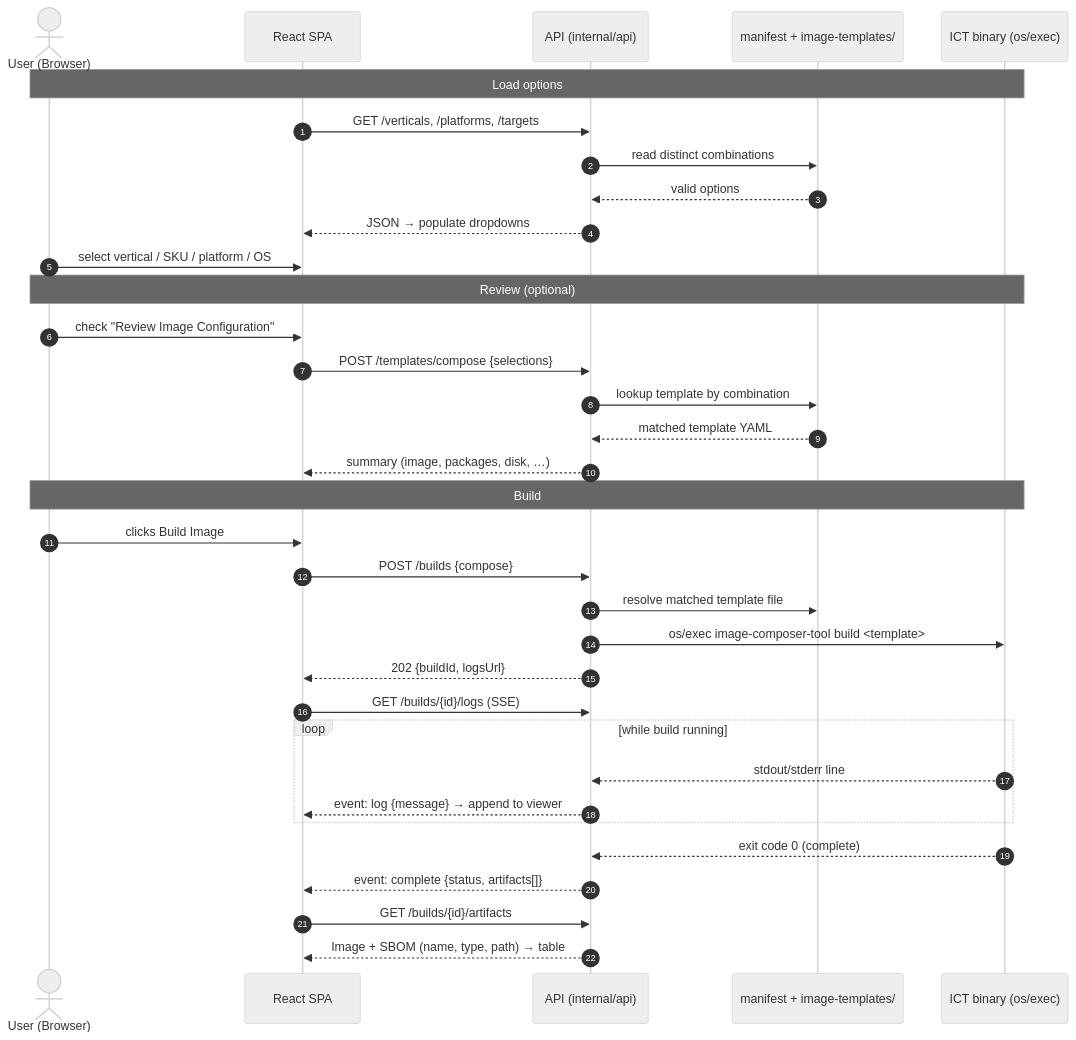
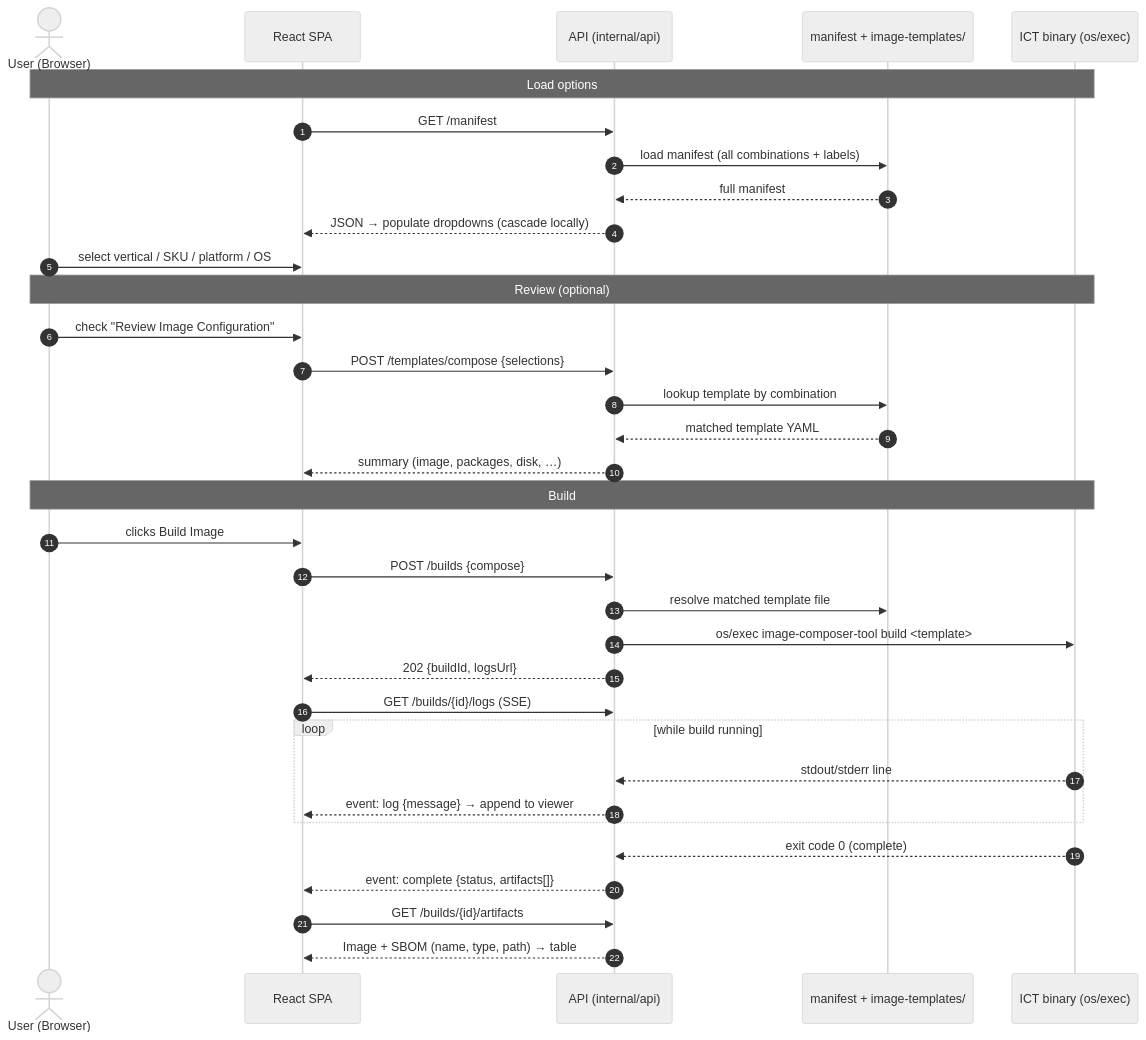
Before and after one commit to open-edge-platform/image-composer-tool: the first of 2 diagrams in docs/architecture/adr-web-ui-tech-stack.md, drawn with Mermaid (neutral theme). The commit also changed other lines of this file and 1 other file, not shown here.

First line of the commit message:
document team decisions: manifest endpoint, build tracking, pkg search

````diff
--- a/docs/architecture/adr-web-ui-tech-stack.md
+++ b/docs/architecture/adr-web-ui-tech-stack.md
@@ -70,39 +70,39 @@
 ```mermaid
 sequenceDiagram
     autonumber
     actor U as User (Browser)
     participant SPA as React SPA
     participant API as API (internal/api)
     participant M as manifest + image-templates/
     participant ICT as ICT binary (os/exec)
 
     Note over U,ICT: Load options
-    SPA->>API: GET /verticals, /platforms, /targets
-    API->>M: read distinct combinations
-    M-->>API: valid options
-    API-->>SPA: JSON → populate dropdowns
+    SPA->>API: GET /manifest
+    API->>M: load manifest (all combinations + labels)
+    M-->>API: full manifest
+    API-->>SPA: JSON → populate dropdowns (cascade locally)
     U->>SPA: select vertical / SKU / platform / OS
 
     Note over U,ICT: Review (optional)
     U->>SPA: check "Review Image Configuration"
     SPA->>API: POST /templates/compose {selections}
     API->>M: lookup template by combination
     M-->>API: matched template YAML
     API-->>SPA: summary (image, packages, disk, …)
 
     Note over U,ICT: Build
     U->>SPA: clicks Build Image
     SPA->>API: POST /builds {compose}
     API->>M: resolve matched template file
     API->>ICT: os/exec image-composer-tool build <template>
     API-->>SPA: 202 {buildId, logsUrl}
     SPA->>API: GET /builds/{id}/logs (SSE)
     loop while build running
         ICT-->>API: stdout/stderr line
         API-->>SPA: event: log {message} → append to viewer
     end
     ICT-->>API: exit code 0 (complete)
     API-->>SPA: event: complete {status, artifacts[]}
     SPA->>API: GET /builds/{id}/artifacts
     API-->>SPA: Image + SBOM (name, type, path) → table
 ```
````
